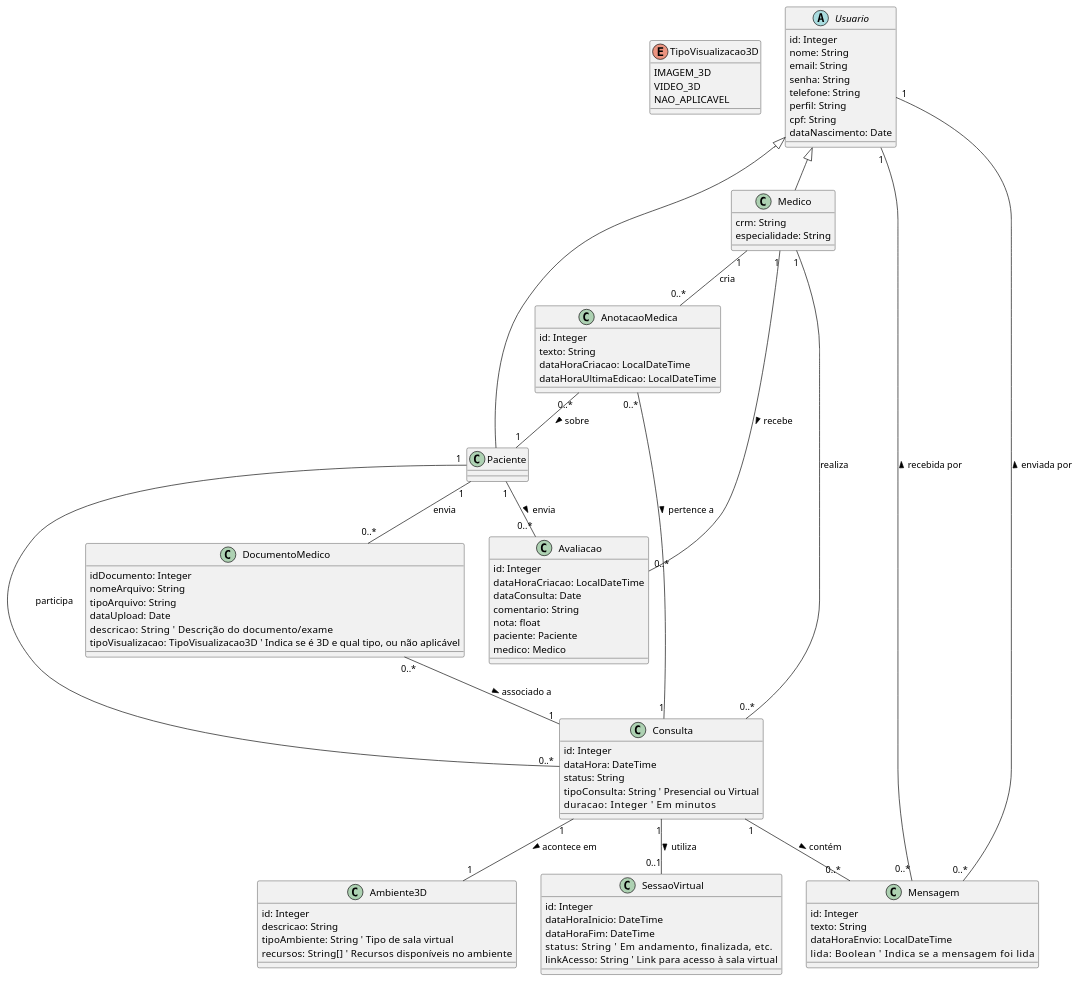
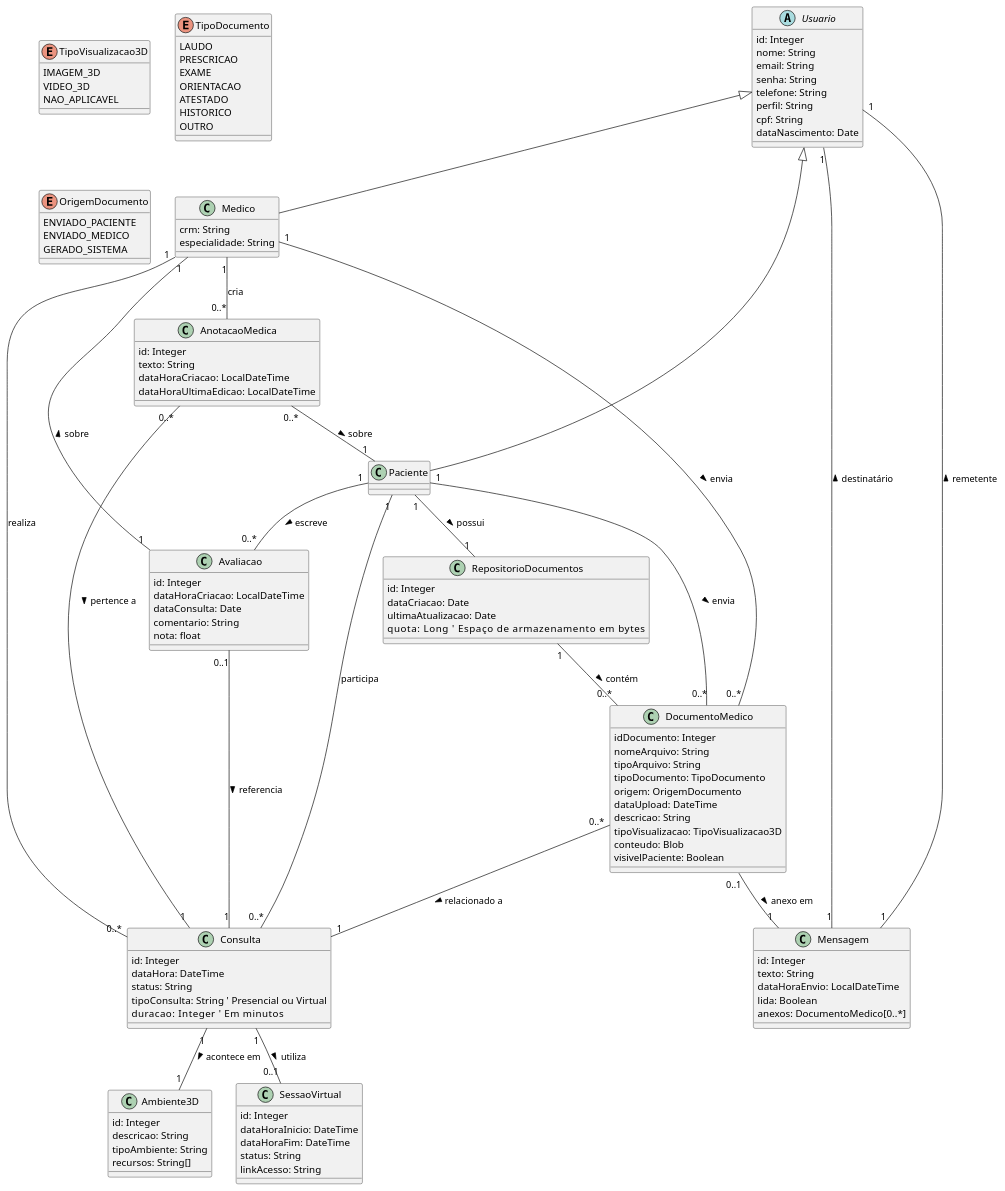
The diagram in trabalho_grupo/modelos_uml/diagrama_classes.plantuml (gilmarUFG/rs_es_20251_g1), drawn with PlantUML before and after one commit.

Commit message:
adição de repositório de documentos no diagrama

```diff
--- a/trabalho_grupo/modelos_uml/diagrama_classes.plantuml
+++ b/trabalho_grupo/modelos_uml/diagrama_classes.plantuml
@@ -1,105 +1,139 @@
 @startuml
 ' Modelo de domínio combinado (classes de análise - atributos e associações)
 
 enum TipoVisualizacao3D {
     IMAGEM_3D
     VIDEO_3D
     NAO_APLICAVEL
+}
+
+enum TipoDocumento {
+    LAUDO
+    PRESCRICAO
+    EXAME
+    ORIENTACAO
+    ATESTADO
+    HISTORICO
+    OUTRO
+}
+
+enum OrigemDocumento {
+    ENVIADO_PACIENTE
+    ENVIADO_MEDICO
+    GERADO_SISTEMA
 }
 
 abstract class Usuario {
     id: Integer
     nome: String
     email: String
     senha: String
     telefone: String
     perfil: String
     cpf: String
     dataNascimento: Date 
 }
 
 class Medico {
     crm: String
     especialidade: String 
 }
 
 class Paciente { 
     ' Herda atributos de Usuario
 }
 
 class Consulta {
     id: Integer
     dataHora: DateTime
     status: String
     tipoConsulta: String  ' Presencial ou Virtual
     duracao: Integer      ' Em minutos
 }
 
 class DocumentoMedico {
     idDocumento: Integer
     nomeArquivo: String
     tipoArquivo: String
-    dataUpload: Date
-    descricao: String     ' Descrição do documento/exame
-    tipoVisualizacao: TipoVisualizacao3D ' Indica se é 3D e qual tipo, ou não aplicável
+    tipoDocumento: TipoDocumento
+    origem: OrigemDocumento
+    dataUpload: DateTime
+    descricao: String
+    tipoVisualizacao: TipoVisualizacao3D
+    conteudo: Blob
+    visivelPaciente: Boolean
+}
+
+class RepositorioDocumentos {
+    id: Integer
+    dataCriacao: Date
+    ultimaAtualizacao: Date
+    quota: Long           ' Espaço de armazenamento em bytes
 }
 
 class Ambiente3D {
     id: Integer
     descricao: String
-    tipoAmbiente: String  ' Tipo de sala virtual
-    recursos: String[]    ' Recursos disponíveis no ambiente
+    tipoAmbiente: String
+    recursos: String[]
 }
 
 class AnotacaoMedica {
     id: Integer
     texto: String
     dataHoraCriacao: LocalDateTime
     dataHoraUltimaEdicao: LocalDateTime
 }
 
 class Mensagem {
     id: Integer
     texto: String
     dataHoraEnvio: LocalDateTime
-    lida: Boolean         ' Indica se a mensagem foi lida
+    lida: Boolean
+    anexos: DocumentoMedico[0..*]
 }
 
 class SessaoVirtual {
     id: Integer
     dataHoraInicio: DateTime
     dataHoraFim: DateTime
-    status: String        ' Em andamento, finalizada, etc.
-    linkAcesso: String    ' Link para acesso à sala virtual
+    status: String
+    linkAcesso: String
 }
 
 class Avaliacao {
     id: Integer
     dataHoraCriacao: LocalDateTime
     dataConsulta: Date
     comentario: String
     nota: float
-    paciente: Paciente
-    medico: Medico
 }
 
-' Herança 
 Usuario <|-- Medico 
 Usuario <|-- Paciente
 
-' Associações 
 Medico "1" -- "0..*" Consulta : realiza
 Paciente "1" -- "0..*" Consulta : participa
 Consulta "1" -- "1" Ambiente3D : acontece em >
 Consulta "1" -- "0..1" SessaoVirtual : utiliza >
-Paciente "1" -- "0..*" DocumentoMedico : envia
-DocumentoMedico "0..*" -- "1" Consulta : associado a >
+
+Paciente "1" -- "1" RepositorioDocumentos : possui >
+RepositorioDocumentos "1" -- "0..*" DocumentoMedico : contém >
+
+DocumentoMedico "0..*" -- "1" Consulta : relacionado a >
+DocumentoMedico "0..1" -- "1" Mensagem : anexo em >
+
+Medico "1" -- "0..*" DocumentoMedico : envia >
+Paciente "1" -- "0..*" DocumentoMedico : envia >
+
 Medico "1" -- "0..*" AnotacaoMedica : cria
 AnotacaoMedica "0..*" -- "1" Consulta : pertence a >
 AnotacaoMedica "0..*" -- "1" Paciente : sobre >
-Mensagem "0..*" -- "1" Usuario : enviada por >
-Mensagem "0..*" -- "1" Usuario : recebida por >
-Consulta "1" -- "0..*" Mensagem : contém >
-Paciente "1" -- "0..*" Avaliacao : envia >
-Medico "1" -- "0..*" Avaliacao : recebe >
+
+Mensagem "1" -- "1" Usuario : remetente >
+Mensagem "1" -- "1" Usuario : destinatário >
+
+Paciente "1" -- "0..*" Avaliacao : escreve >
+Avaliacao "1" -- "1" Medico : sobre >
+Avaliacao "0..1" -- "1" Consulta : referencia >
 @enduml
```
